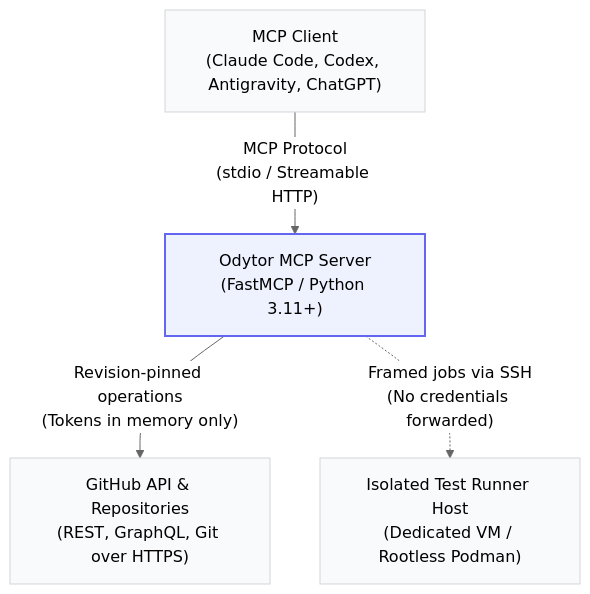
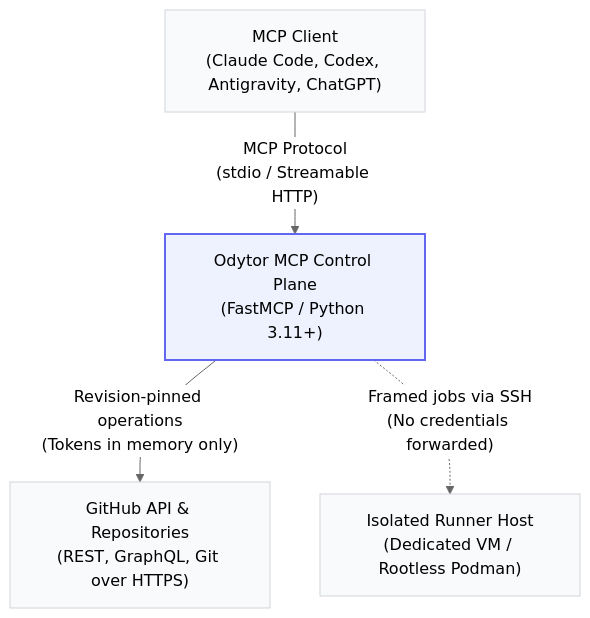
Before and after one commit to Anvilary/Odytor: the diagram in README.md, drawn with Mermaid (neutral theme). The commit also changed other lines of this file and 7 other files, not shown here.

````diff
--- a/README.md
+++ b/README.md
@@ -147,15 +183,15 @@
 ```mermaid
 flowchart TD
     Client["MCP Client\n(Claude Code, Codex, Antigravity, ChatGPT)"]
-    Server["Odytor MCP Server\n(FastMCP / Python 3.11+)"]
+    Server["Odytor MCP Control Plane\n(FastMCP / Python 3.11+)"]
     GitHub["GitHub API & Repositories\n(REST, GraphQL, Git over HTTPS)"]
-    Runner["Isolated Test Runner Host\n(Dedicated VM / Rootless Podman)"]
+    Runner["Isolated Runner Host\n(Dedicated VM / Rootless Podman)"]
 
     Client -->|"MCP Protocol\n(stdio / Streamable HTTP)"| Server
     Server -->|"Revision-pinned operations\n(Tokens in memory only)"| GitHub
     Server -.->|"Framed jobs via SSH\n(No credentials forwarded)"| Runner
 
     classDef default fill:#f9fafb,stroke:#d1d5db,stroke-width:1px;
     classDef highlight fill:#eef2ff,stroke:#6366f1,stroke-width:2px;
     class Server highlight;
 ```
````
